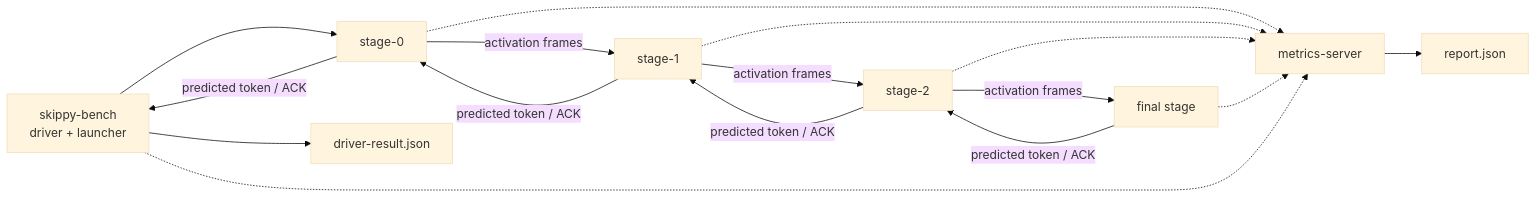
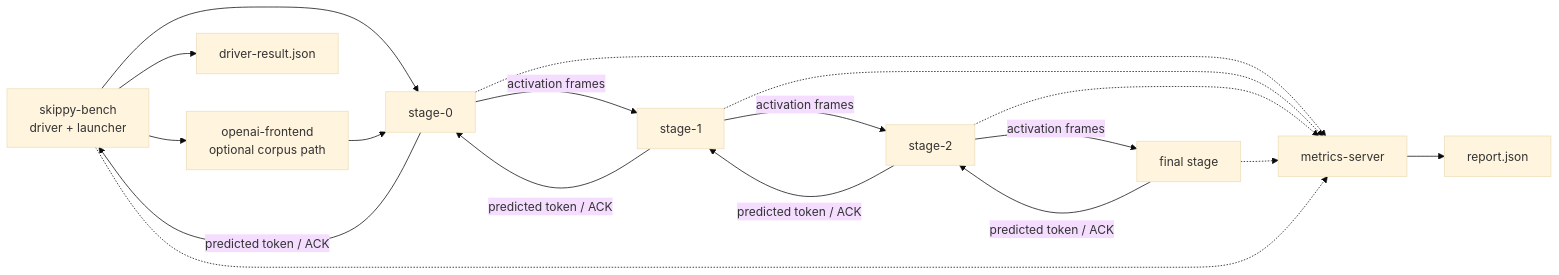
The diagram in crates/skippy-bench/README.md (michaelneale/mesh-llm), drawn with Mermaid (base theme) before and after one commit. The commit also changed other lines of this file and 16 other files, not shown here.

Commit message:
Refactor documentation across crates for mesh-driven architecture, OpenAI API integration, and staged runtime updates.

````diff
--- a/crates/skippy-bench/README.md
+++ b/crates/skippy-bench/README.md
@@ -17,19 +17,21 @@
 ```mermaid
 flowchart LR
-    B["skippy-bench<br/>driver + launcher"] --> S0["stage-0"]
+    B["skippy-bench<br/>driver + launcher"] --> O["openai-frontend<br/>optional corpus path"]
+    B --> S0["stage-0"]
+    O --> S0
     S0 -->|activation frames| S1["stage-1"]
     S1 -->|activation frames| S2["stage-2"]
     S2 -->|activation frames| S3["final stage"]
     S3 -->|predicted token / ACK| S2
     S2 -->|predicted token / ACK| S1
     S1 -->|predicted token / ACK| S0
     S0 -->|predicted token / ACK| B
 
     S0 -.-> M["metrics-server"]
     S1 -.-> M
     S2 -.-> M
     S3 -.-> M
     B -.-> M
     M --> R["report.json"]
     B --> D["driver-result.json"]
 ```
````
